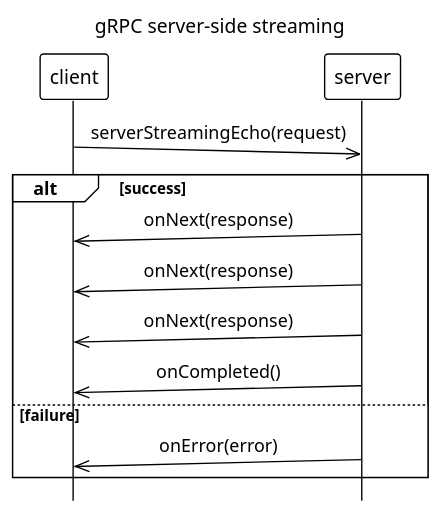
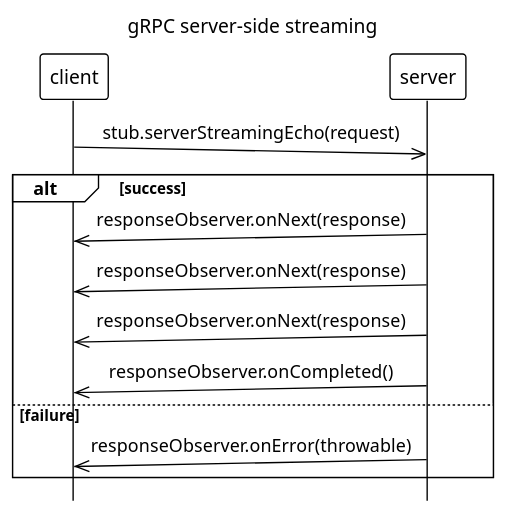
One commit to c0p4c4b4n4/grpc-grpc-java changed the diagram in images/gRPC_server_side_streaming.puml. Above: the diagram before and after it, drawn with PlantUML. The commit also changed 2 other files, not shown here.

```diff
--- a/images/gRPC_server_side_streaming.puml
+++ b/images/gRPC_server_side_streaming.puml
@@ -1,23 +1,23 @@
 @startuml
 !theme mono
 scale 1.1
 hide footbox
 title gRPC server-side streaming
 skinparam TitleFontStyle plain
 skinparam TitleFontSize 14
 skinparam sequenceMessageAlign center
 
 participant client
 participant server
 
-client ->>(5) server: serverStreamingEcho(request)
+client ->>(5) server: stub.serverStreamingEcho(request)
 
 alt success
-    server ->>(5) client: onNext(response)
-    server ->>(5) client: onNext(response)
-    server ->>(5) client: onNext(response)
-    server ->>(5) client: onCompleted()
+    server ->>(5) client: responseObserver.onNext(response)
+    server ->>(5) client: responseObserver.onNext(response)
+    server ->>(5) client: responseObserver.onNext(response)
+    server ->>(5) client: responseObserver.onCompleted()
 else failure
-    server ->>(5) client: onError(error)
+    server ->>(5) client: responseObserver.onError(throwable)
 end
 @enduml
```
